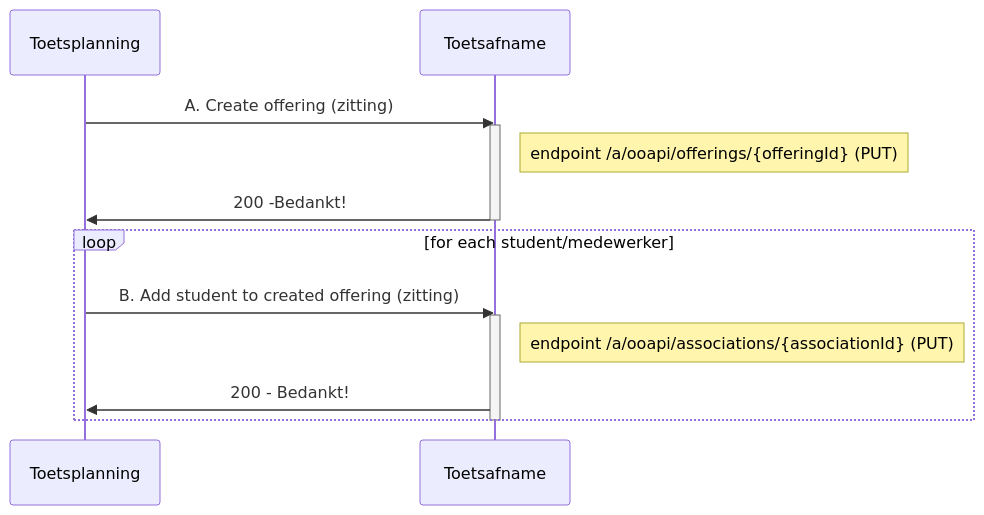
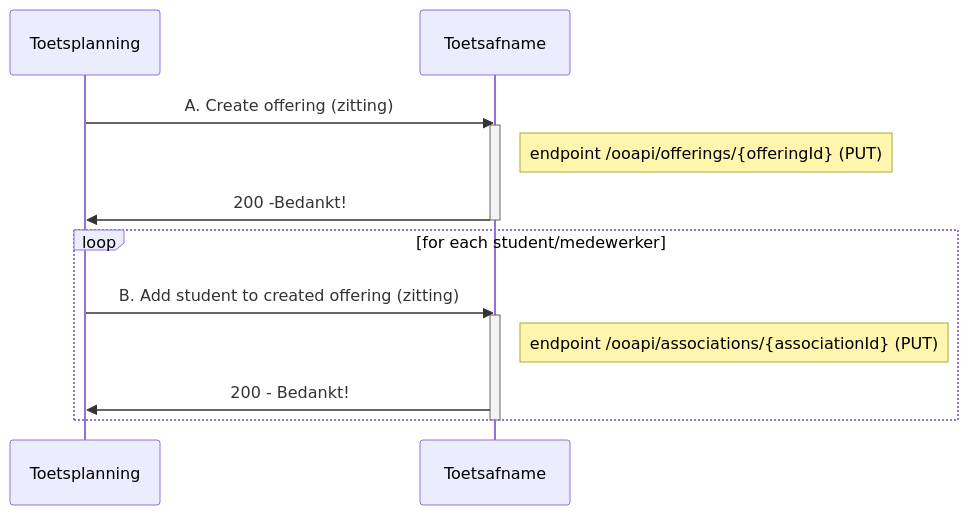
The third of 10 diagrams in doc/flow2.md (NetwerkExamineringDigitalisering/NED-OOAPI), drawn with Mermaid before and after one commit. The commit also changed other lines of this file and 4 other files, not shown here.

````diff
--- a/doc/flow2.md
+++ b/doc/flow2.md
@@ -136,15 +140,15 @@
 ```mermaid
 sequenceDiagram
     Toetsplanning->>Toetsafname: A. Create offering (zitting)
     activate Toetsafname
-    Note right of Toetsafname: endpoint /a/ooapi/offerings/{offeringId} (PUT)
+    Note right of Toetsafname: endpoint /ooapi/offerings/{offeringId} (PUT)
     Toetsafname->>Toetsplanning: 200 -Bedankt!
     deactivate Toetsafname
     loop for each student/medewerker
         Toetsplanning->>Toetsafname: B. Add student to created offering (zitting)
         activate Toetsafname
-        Note right of Toetsafname: endpoint /a/ooapi/associations/{associationId} (PUT)
+        Note right of Toetsafname: endpoint /ooapi/associations/{associationId} (PUT)
         Toetsafname->>Toetsplanning: 200 - Bedankt!
     end
     deactivate Toetsafname
 ```
````
